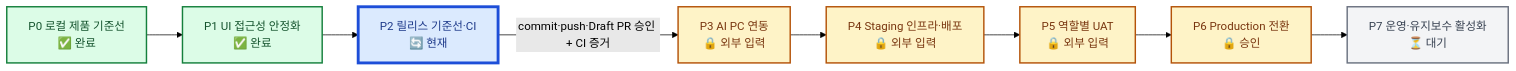
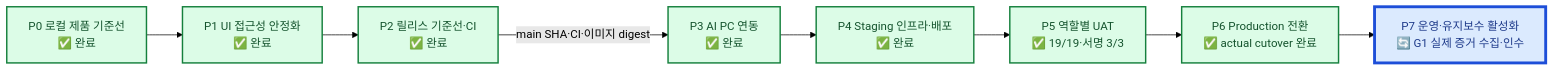
Before and after one commit to visionlab-coder/sqcm-i-inventory-system: the diagram in docs/roadmap.md, drawn with Mermaid (forest theme). The commit also changed other lines of this file and 853 other files, not shown here.

````diff
--- a/docs/roadmap.md
+++ b/docs/roadmap.md
@@ -24,19 +31,19 @@
 ```mermaid
 flowchart LR
     P0["P0 로컬 제품 기준선<br/>✅ 완료"] --> P1["P1 UI 접근성 안정화<br/>✅ 완료"]
-    P1 --> P2["P2 릴리스 기준선·CI<br/>🔄 현재"]
-    P2 -->|"commit·push·Draft PR 승인 + CI 증거"| P3["P3 AI PC 연동<br/>🔒 외부 입력"]
-    P3 --> P4["P4 Staging 인프라·배포<br/>🔒 외부 입력"]
-    P4 --> P5["P5 역할별 UAT<br/>🔒 외부 입력"]
-    P5 --> P6["P6 Production 전환<br/>🔒 승인"]
-    P6 --> P7["P7 운영·유지보수 활성화<br/>⏳ 대기"]
+    P1 --> P2["P2 릴리스 기준선·CI<br/>✅ 완료"]
+    P2 -->|"main SHA·CI·이미지 digest"| P3["P3 AI PC 연동<br/>✅ 완료"]
+    P3 --> P4["P4 Staging 인프라·배포<br/>✅ 완료"]
+    P4 --> P5["P5 역할별 UAT<br/>✅ 19/19·서명 3/3"]
+    P5 --> P6["P6 Production 전환<br/>✅ actual cutover 완료"]
+    P6 --> P7["P7 운영·유지보수 활성화<br/>🔄 G1 실제 증거 수집·인수"]
 
     classDef done fill:#DCFCE7,stroke:#15803D,color:#14532D,stroke-width:2px;
     classDef active fill:#DBEAFE,stroke:#1D4ED8,color:#1E3A8A,stroke-width:4px;
     classDef pending fill:#F3F4F6,stroke:#6B7280,color:#374151,stroke-width:2px;
     classDef hold fill:#FEF3C7,stroke:#B45309,color:#78350F,stroke-width:2px;
-    class P0,P1 done;
-    class P2 active;
-    class P7 pending;
-    class P3,P4,P5,P6 hold;
+    classDef blocked fill:#FEE2E2,stroke:#B91C1C,color:#7F1D1D,stroke-width:4px;
+    class P0,P1,P2,P3,P4,P5 done;
+    class P6 done;
+    class P7 active;
 ```
````
